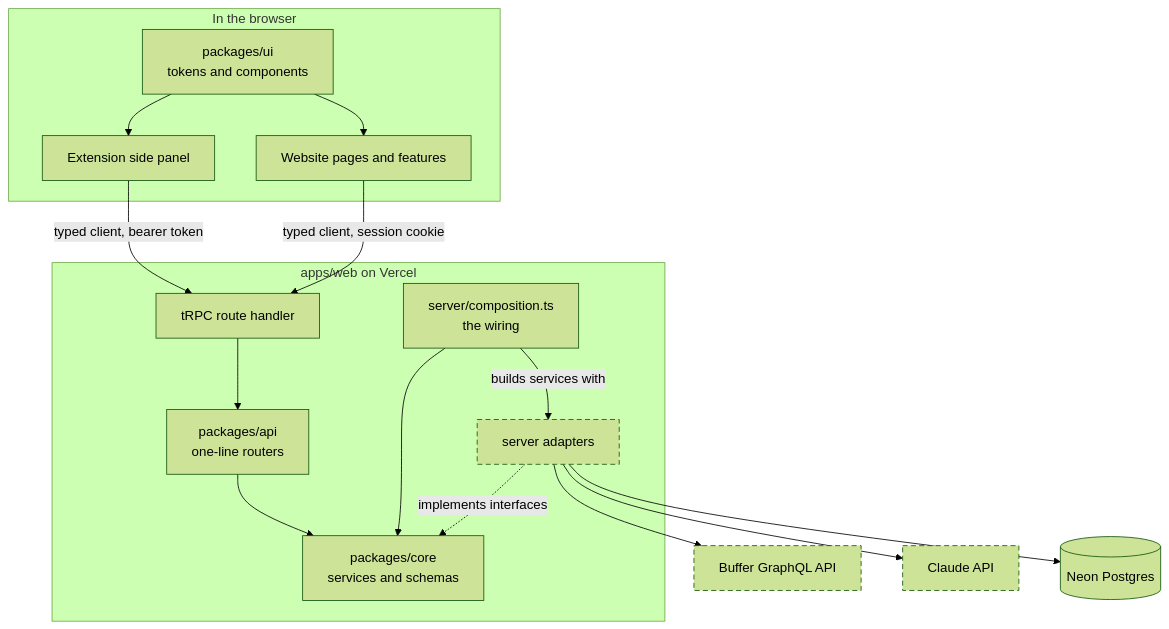
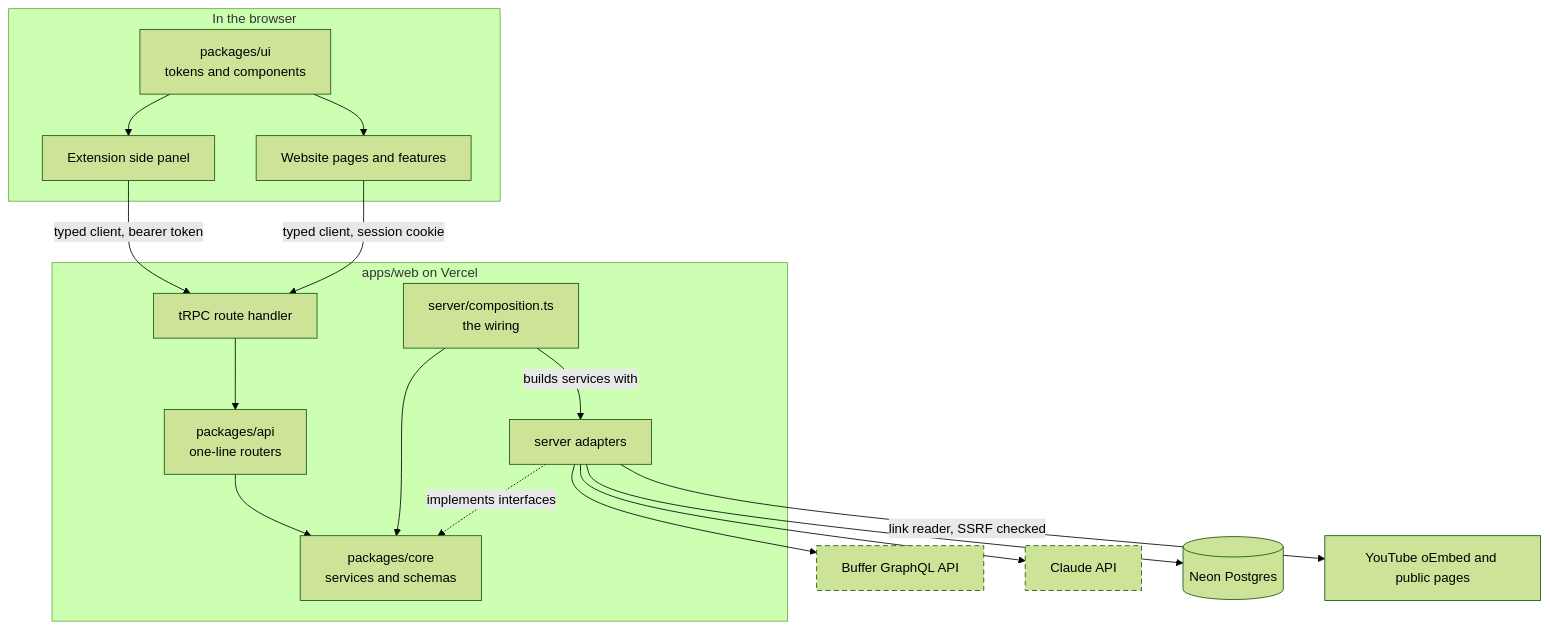
One commit to bernardosevero/scroll-spark changed the first of 4 diagrams in docs/architecture.md. Above: the diagram before and after it, drawn with Mermaid (forest theme). The commit also changed other lines of this file and 54 other files, not shown here.

````diff
--- a/docs/architecture.md
+++ b/docs/architecture.md
@@ -9,30 +9,31 @@
 ```mermaid
 flowchart TB
   subgraph browser[In the browser]
     panel[Extension side panel]
     site[Website pages and features]
     ui[packages/ui<br/>tokens and components]
   end
 
   subgraph vercel[apps/web on Vercel]
     route[tRPC route handler]
     api[packages/api<br/>one-line routers]
     core[packages/core<br/>services and schemas]
     comp[server/composition.ts<br/>the wiring]
-    adapters[server adapters]:::planned
+    adapters[server adapters]
   end
 
   ui --> panel
   ui --> site
   panel -- typed client, bearer token --> route
   site -- typed client, session cookie --> route
   route --> api --> core
   comp -- builds services with --> adapters
   comp --> core
   adapters -. implements interfaces .-> core
   adapters --> buffer[Buffer GraphQL API]:::planned
   adapters --> claude[Claude API]:::planned
   adapters --> db[(Neon Postgres)]
+  adapters -- link reader, SSRF checked --> web[YouTube oEmbed and public pages]
 
   classDef planned stroke-dasharray: 6 4
 ```
````
